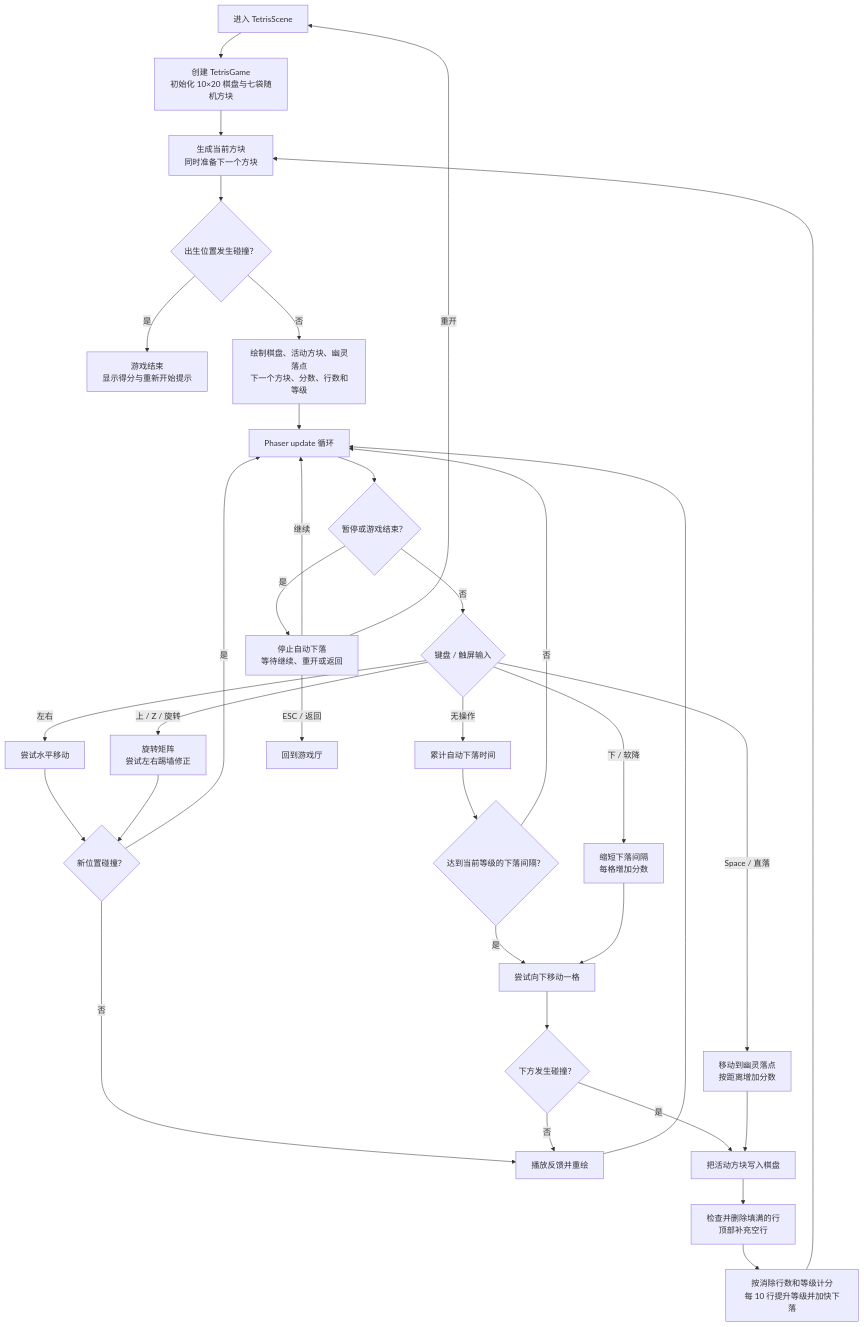
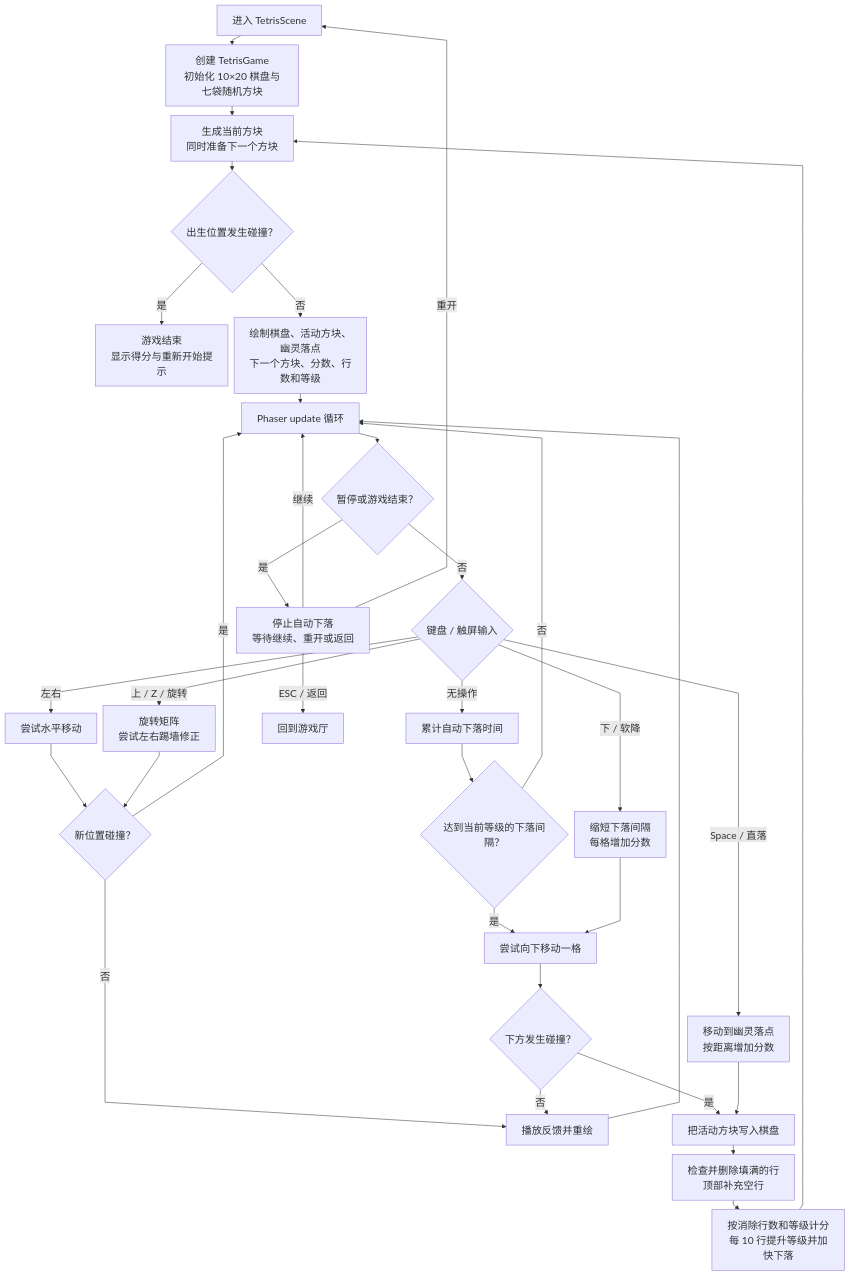
Before and after one commit to hdwang123/sgame: the first of 4 diagrams in README.md, drawn with Mermaid. The commit also changed other lines of this file, not shown here.

Commit message:
docs: 优化流程图可读性

````diff
--- a/README.md
+++ b/README.md
@@ -66,40 +66,41 @@
 ```mermaid
+%%{init: {"flowchart": {"nodeSpacing": 12, "rankSpacing": 18, "curve": "linear"}, "themeVariables": {"fontSize": "20px"}}}%%
 flowchart TB
   START["进入 TetrisScene"] --> INIT["创建 TetrisGame<br/>初始化 10×20 棋盘与七袋随机方块"]
   INIT --> SPAWN["生成当前方块<br/>同时准备下一个方块"]
   SPAWN --> COLLIDE_SPAWN{"出生位置发生碰撞？"}
   COLLIDE_SPAWN -->|"是"| GAME_OVER["游戏结束<br/>显示得分与重新开始提示"]
   COLLIDE_SPAWN -->|"否"| DRAW["绘制棋盘、活动方块、幽灵落点<br/>下一个方块、分数、行数和等级"]
 
   DRAW --> LOOP["Phaser update 循环"]
   LOOP --> STATE{"暂停或游戏结束？"}
   STATE -->|"是"| WAIT["停止自动下落<br/>等待继续、重开或返回"]
   STATE -->|"否"| INPUT{"键盘 / 触屏输入"}
 
   INPUT -->|"左右"| MOVE["尝试水平移动"]
   INPUT -->|"上 / Z / 旋转"| ROTATE["旋转矩阵<br/>尝试左右踢墙修正"]
   INPUT -->|"下 / 软降"| SOFT["缩短下落间隔<br/>每格增加分数"]
   INPUT -->|"Space / 直落"| HARD["移动到幽灵落点<br/>按距离增加分数"]
   INPUT -->|"无操作"| TIMER["累计自动下落时间"]
 
   MOVE --> VALID_MOVE{"新位置碰撞？"}
   ROTATE --> VALID_MOVE
   VALID_MOVE -->|"否"| REDRAW["播放反馈并重绘"]
   VALID_MOVE -->|"是"| LOOP
   TIMER --> INTERVAL{"达到当前等级的下落间隔？"}
   INTERVAL -->|"否"| LOOP
   INTERVAL -->|"是"| DOWN["尝试向下移动一格"]
   SOFT --> DOWN
   DOWN --> BLOCKED{"下方发生碰撞？"}
   BLOCKED -->|"否"| REDRAW
   BLOCKED -->|"是"| LOCK["把活动方块写入棋盘"]
   HARD --> LOCK
 
   LOCK --> CLEAR["检查并删除填满的行<br/>顶部补充空行"]
   CLEAR --> SCORE["按消除行数和等级计分<br/>每 10 行提升等级并加快下落"]
   SCORE --> SPAWN
   REDRAW --> LOOP
   WAIT -->|"继续"| LOOP
   WAIT -->|"重开"| START
   WAIT -->|"ESC / 返回"| MENU["回到游戏厅"]
 ```
````
